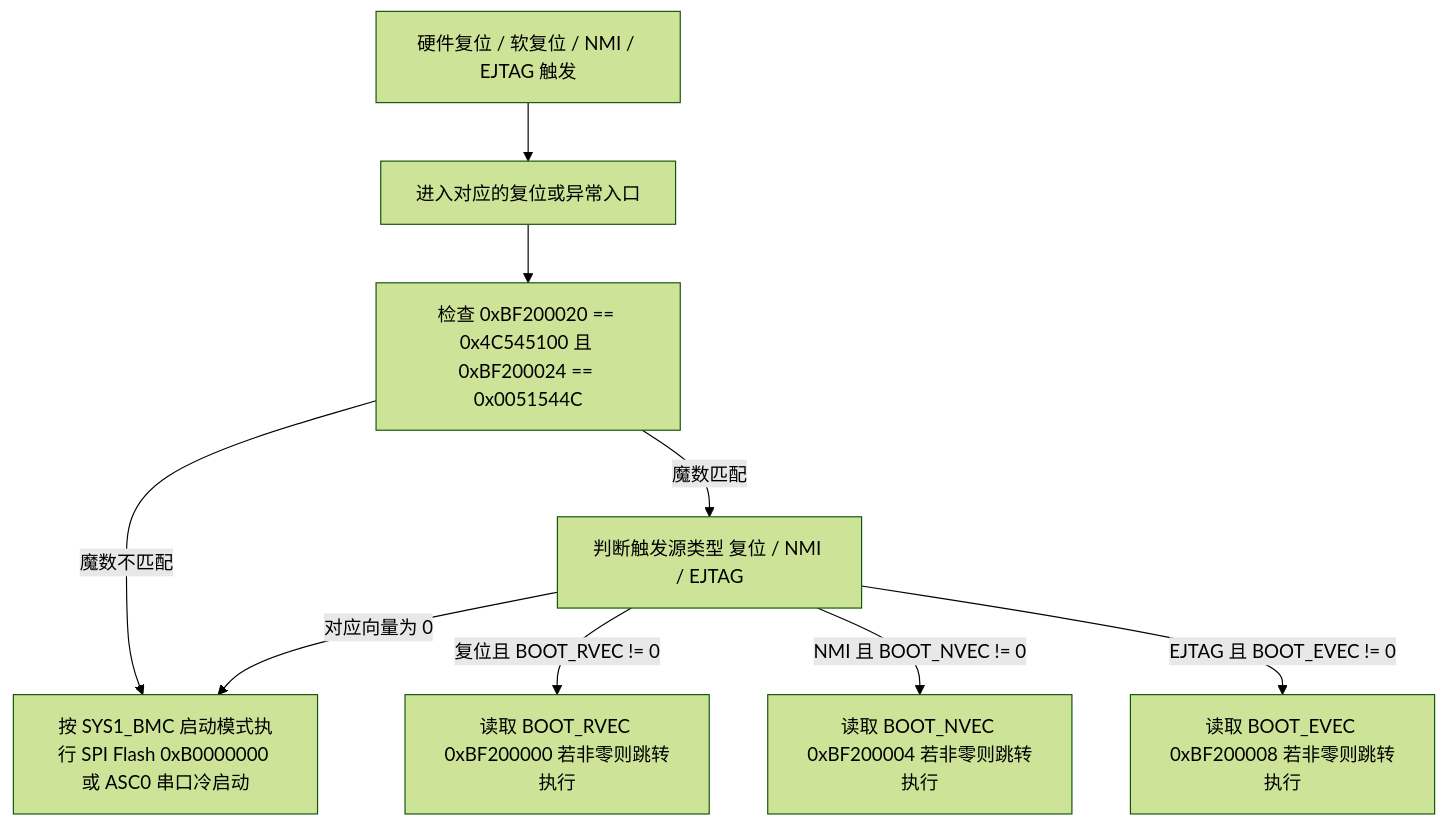
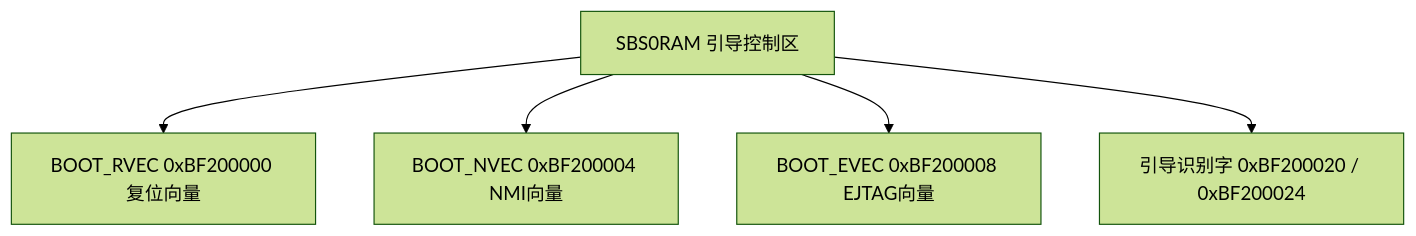
The diagram in 03_cpu_subsystems/01_vpe0_host_linux.md (difanz/lantiq-falcon-s-docs), drawn with Mermaid (forest theme) before and after one commit. The commit also changed other lines of this file and 50 other files, not shown here.

````diff
--- a/03_cpu_subsystems/01_vpe0_host_linux.md
+++ b/03_cpu_subsystems/01_vpe0_host_linux.md
@@ -59,19 +59,12 @@
 ```mermaid
 flowchart TD
-    RST["硬件复位 / 软复位 / NMI / EJTAG 触发"]
-    ENTRY["进入对应的复位或异常入口"]
-    CHK_PW["检查 0xBF200020 == 0x4C545100 且 0xBF200024 == 0x0051544C"]
-    CHK_CAUSE["判断触发源类型 复位 / NMI / EJTAG"]
-    RVEC["读取 BOOT_RVEC 0xBF200000 若非零则跳转执行"]
-    NVEC["读取 BOOT_NVEC 0xBF200004 若非零则跳转执行"]
-    EVEC["读取 BOOT_EVEC 0xBF200008 若非零则跳转执行"]
-    COLD_BOOT["按 SYS1_BMC 启动模式执行 SPI Flash 0xB0000000 或 ASC0 串口冷启动"]
-
-    RST --> ENTRY --> CHK_PW
-    CHK_PW -->|魔数不匹配| COLD_BOOT
-    CHK_PW -->|魔数匹配| CHK_CAUSE
-    CHK_CAUSE -->|复位且 BOOT_RVEC != 0| RVEC
-    CHK_CAUSE -->|NMI 且 BOOT_NVEC != 0| NVEC
-    CHK_CAUSE -->|EJTAG 且 BOOT_EVEC != 0| EVEC
-    CHK_CAUSE -->|对应向量为 0| COLD_BOOT
+    SRAM["SBS0RAM 引导控制区"]
+    RVEC["BOOT_RVEC 0xBF200000 复位向量"]
+    NVEC["BOOT_NVEC 0xBF200004 NMI向量"]
+    EVEC["BOOT_EVEC 0xBF200008 EJTAG向量"]
+    PW["引导识别字 0xBF200020 / 0xBF200024"]
+    SRAM --> RVEC
+    SRAM --> NVEC
+    SRAM --> EVEC
+    SRAM --> PW
 ```
````
